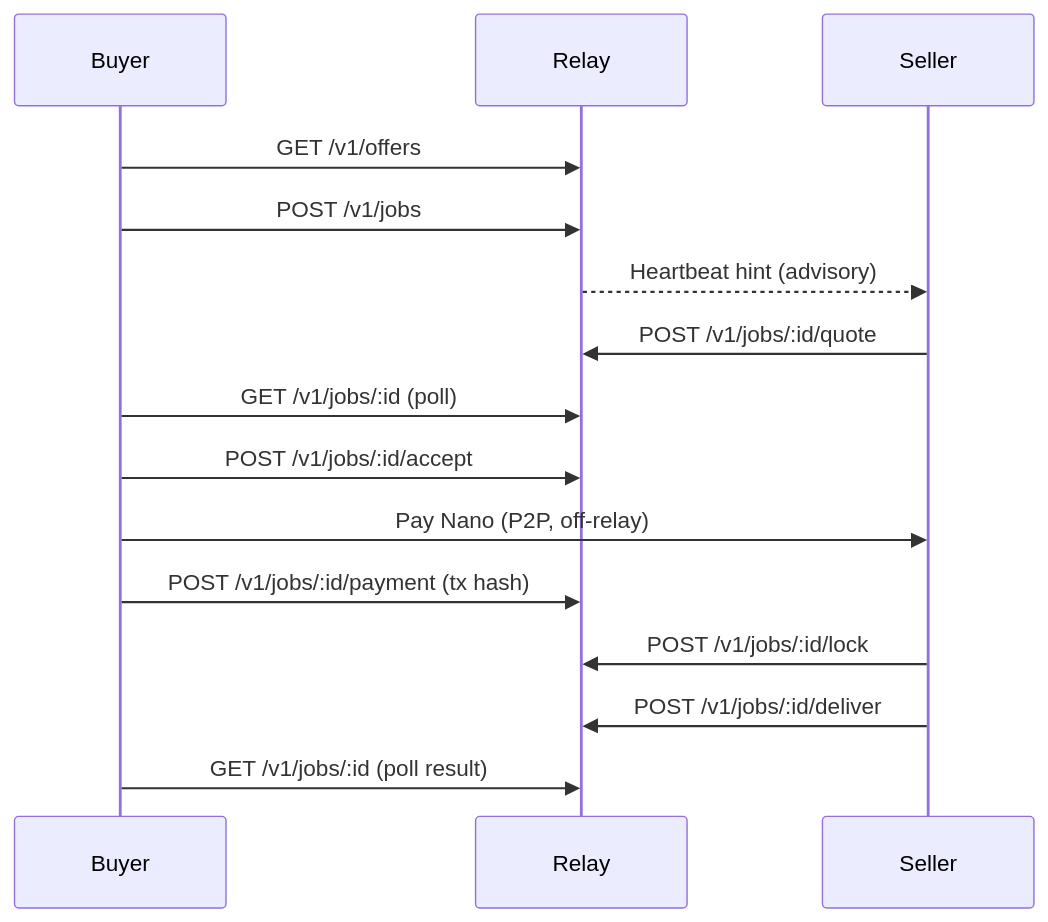
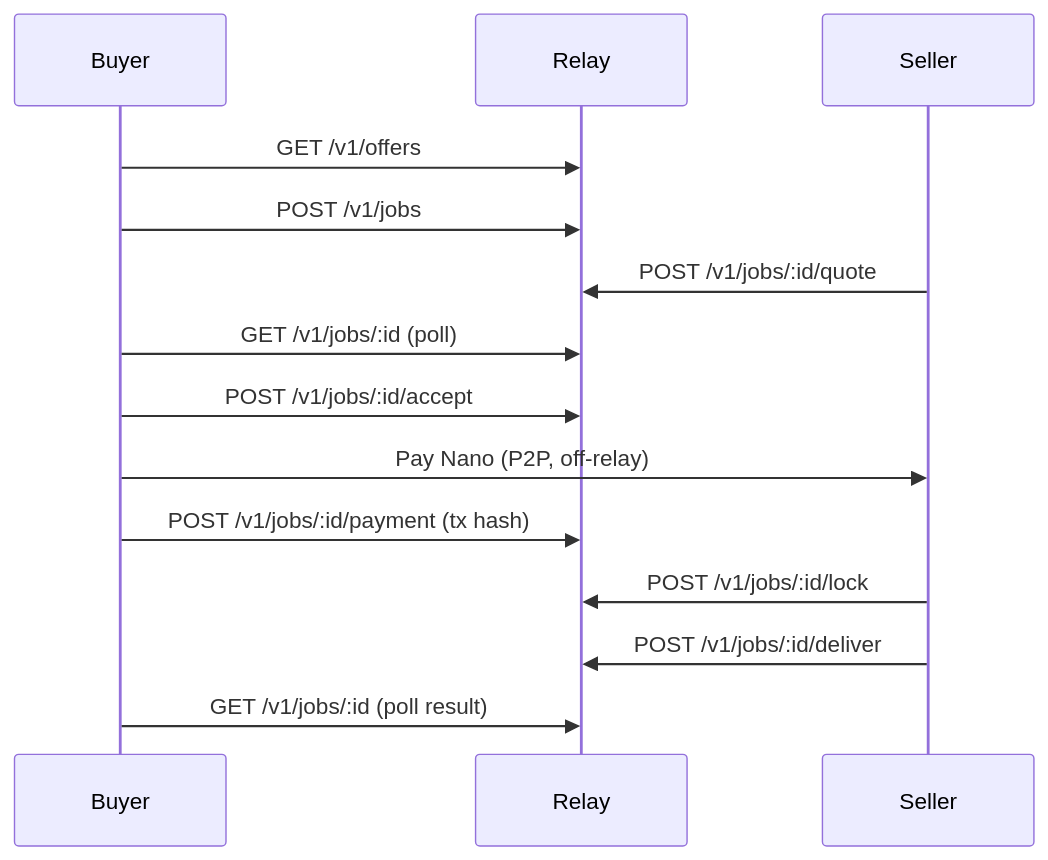
Before and after one commit to madsb/nanopay-relay: the first of 2 diagrams in spec/REMAINING_WORK.md, drawn with Mermaid. The commit also changed other lines of this file and 14 other files, not shown here.

````diff
--- a/spec/REMAINING_WORK.md
+++ b/spec/REMAINING_WORK.md
@@ -50,18 +50,17 @@
 ```mermaid
 sequenceDiagram
   participant B as Buyer
   participant R as Relay
   participant S as Seller
 
   B->>R: GET /v1/offers
   B->>R: POST /v1/jobs
-  R-->>S: Heartbeat hint (advisory)
   S->>R: POST /v1/jobs/:id/quote
   B->>R: GET /v1/jobs/:id (poll)
   B->>R: POST /v1/jobs/:id/accept
   B->>S: Pay Nano (P2P, off‑relay)
   B->>R: POST /v1/jobs/:id/payment (tx hash)
   S->>R: POST /v1/jobs/:id/lock
   S->>R: POST /v1/jobs/:id/deliver
   B->>R: GET /v1/jobs/:id (poll result)
 ```
````
